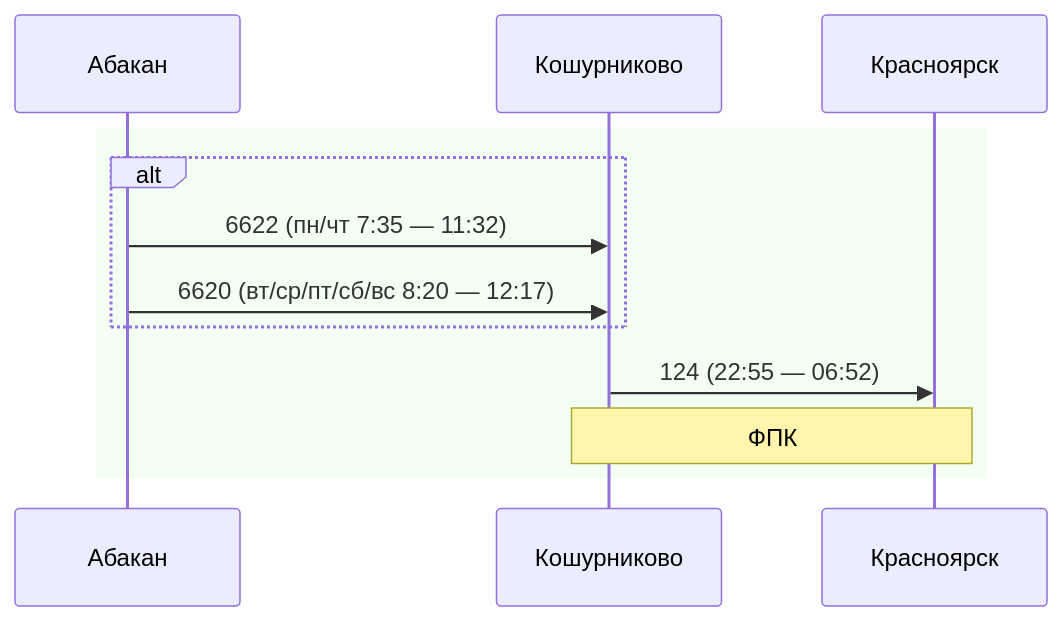
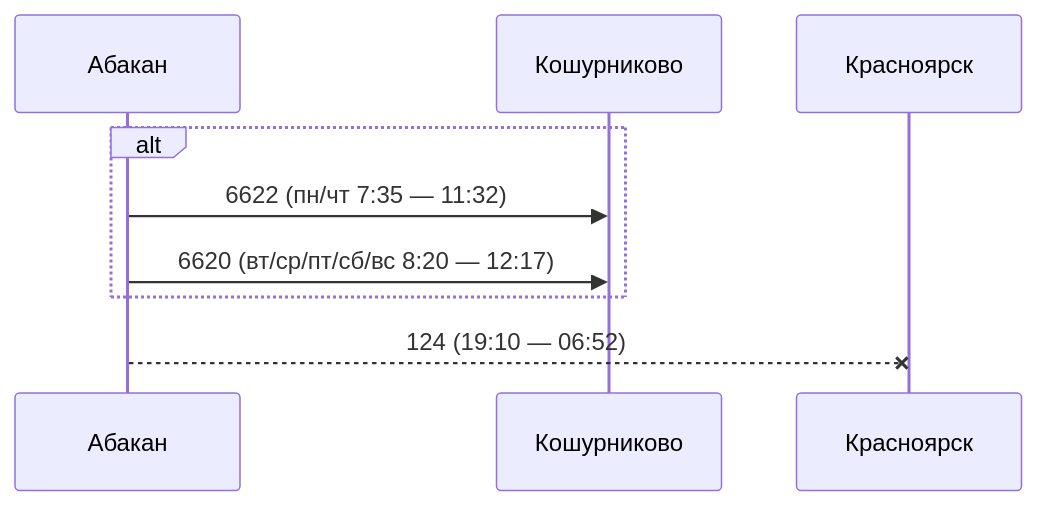
One commit to u0feff/Pezda changed the tenth of 11 diagrams in README.md. Above: the diagram before and after it, drawn with Mermaid. The commit also changed other lines of this file, not shown here.

````diff
--- a/README.md
+++ b/README.md
@@ -398,16 +410,13 @@
 ```mermaid
 sequenceDiagram
     participant Абакан
     participant Кошурниково
     participant Красноярск
 
-    rect rgba(0, 255, 0, 0.05)
     alt
     Абакан->>Кошурниково: 6622 (пн/чт 7:35 — 11:32)
     Абакан->>Кошурниково: 6620 (вт/ср/пт/сб/вс 8:20 — 12:17)
     end
 
-    Кошурниково->>Красноярск: 124 (22:55 — 06:52)
-    Note over Кошурниково,Красноярск: ФПК
-    end
+    Абакан--xКрасноярск: 124 (19:10 — 06:52)
 ```
````
